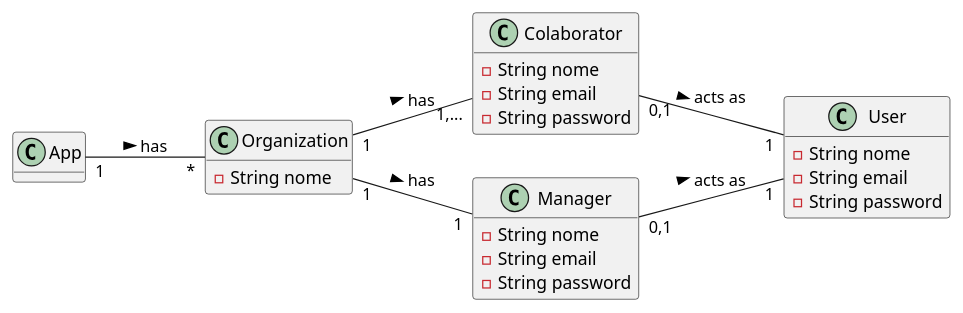
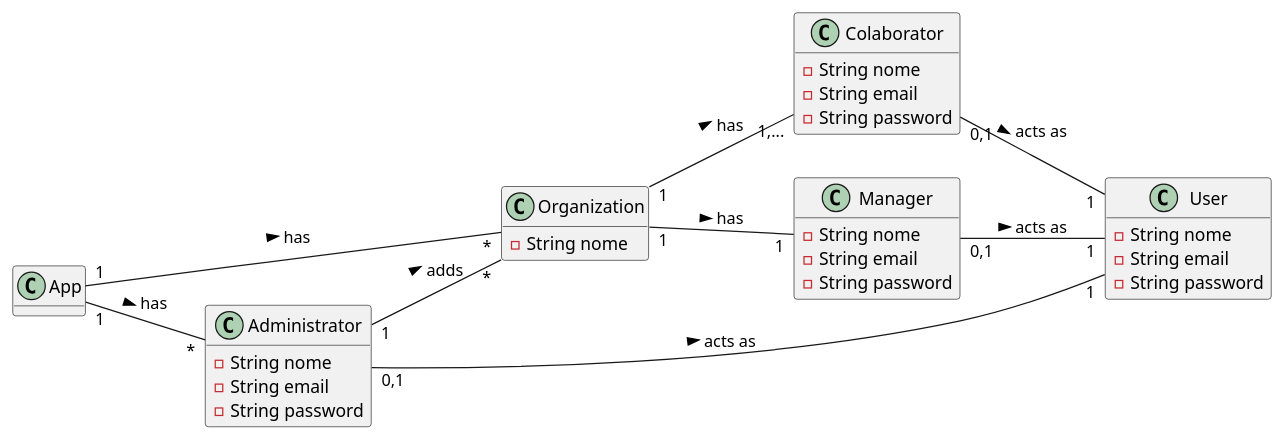
Before and after one commit to botelho-io/lapr2-2020-g029: the diagram in docs/UC_08/UC08_MD.puml, drawn with PlantUML. The commit also changed 1 other file, not shown here.

```diff
--- a/docs/UC_08/UC08_MD.puml
+++ b/docs/UC_08/UC08_MD.puml
@@ -1,38 +1,47 @@
 @startuml
 
 hide methods
 left to right direction
 
 class App {
 
 }
 
 class Organization {
         - String nome
+}
+
+class Administrator {
+        - String nome
+        - String email
+        - String password
 }
 
 class Colaborator {
         - String nome
         - String email
         - String password
 }
 
 class Manager {
         - String nome
         - String email
         - String password
 }
 
 class User {
         - String nome
         - String email
         - String password
 }
 
 Colaborator                "0,1" -- "1"      User                      : acts as >
 Manager                    "0,1" -- "1"      User                      : acts as >
 Organization                 "1" -- "1,..."  Colaborator               : has >
 Organization                 "1" -- "1"      Manager                   : has >
 App                          "1" -- "*"      Organization              : has >
+App                          "1" -- "*"      Administrator             : has >
+Administrator                "1" -- "*"      Organization              : adds >
+Administrator              "0,1" -- "1"      User                      : acts as >
 
 @enduml
```
